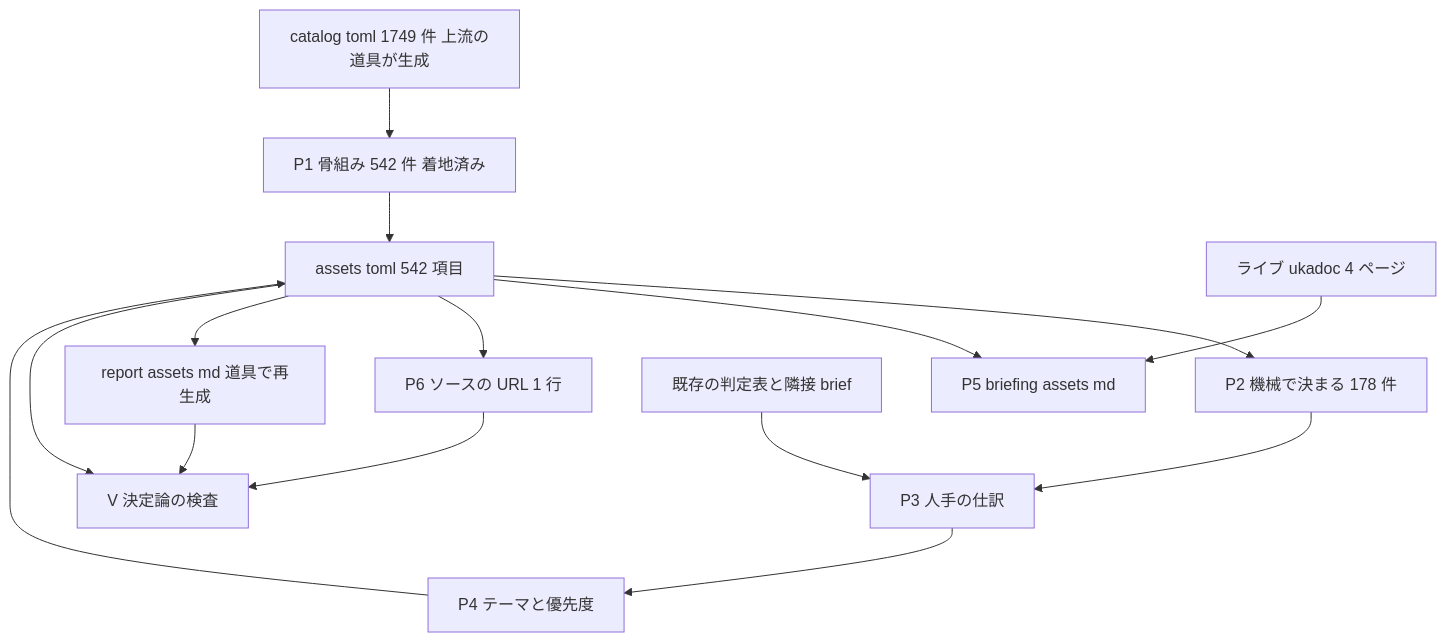
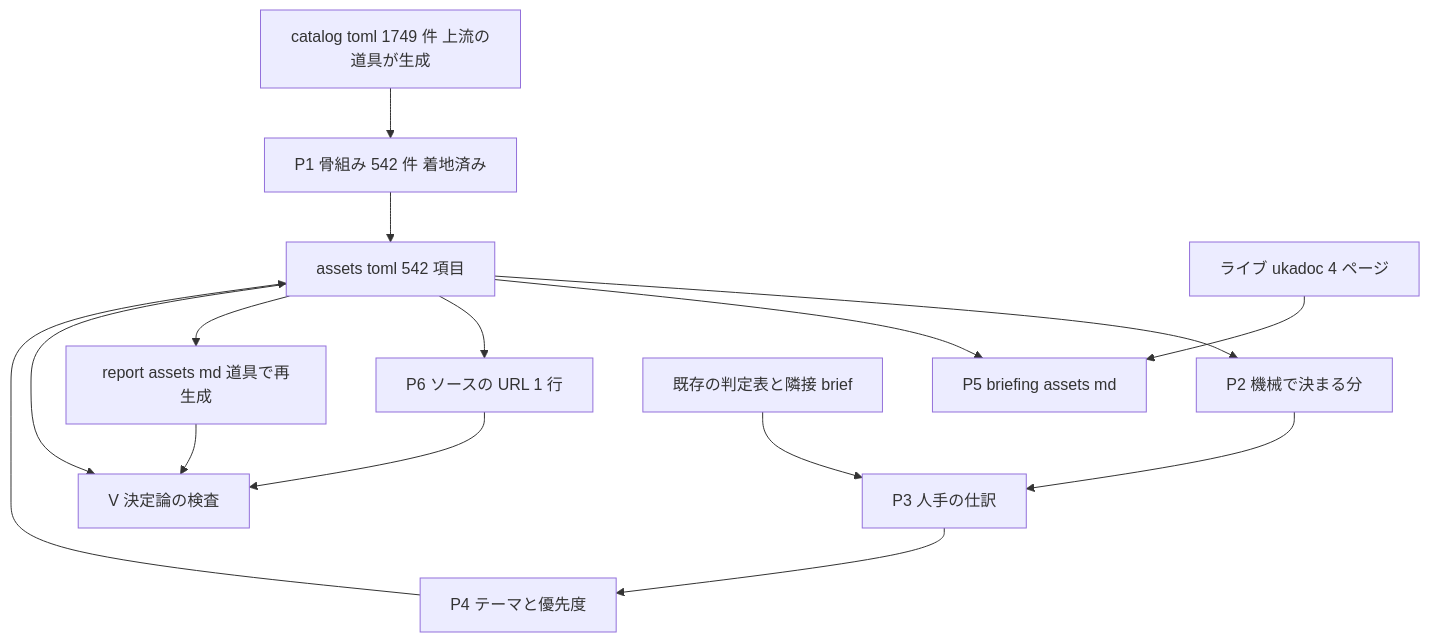
The diagram in .kiro/specs/areka-P0-ukadoc-survey-assets/design.md (ekicyou/areka), drawn with Mermaid before and after one commit. The commit also changed other lines of this file and 1 other file, not shown here.

````diff
--- a/.kiro/specs/areka-P0-ukadoc-survey-assets/design.md
+++ b/.kiro/specs/areka-P0-ukadoc-survey-assets/design.md
@@ -80,30 +80,30 @@
 ```mermaid
 graph TB
     Catalog[catalog toml 1749 件 上流の道具が生成]
     Skeleton[P1 骨組み 542 件 着地済み]
     Ledger[assets toml 542 項目]
     Report[report assets md 道具で再生成]
-    MachineFill[P2 機械で決まる 178 件]
+    MachineFill[P2 機械で決まる分]
     ManualFill[P3 人手の仕訳]
     Themes[P4 テーマと優先度]
     Briefing[P5 briefing assets md]
     Urls[P6 ソースの URL 1 行]
     Checks[V 決定論の検査]
     Live[ライブ ukadoc 4 ページ]
     Existing[既存の判定表と隣接 brief]
 
     Catalog --> Skeleton
     Skeleton --> Ledger
     Ledger --> MachineFill
     MachineFill --> ManualFill
     Existing --> ManualFill
     ManualFill --> Themes
     Themes --> Ledger
     Ledger --> Briefing
     Ledger --> Urls
     Live --> Briefing
     Ledger --> Report
     Report --> Checks
     Ledger --> Checks
     Urls --> Checks
 ```
````
